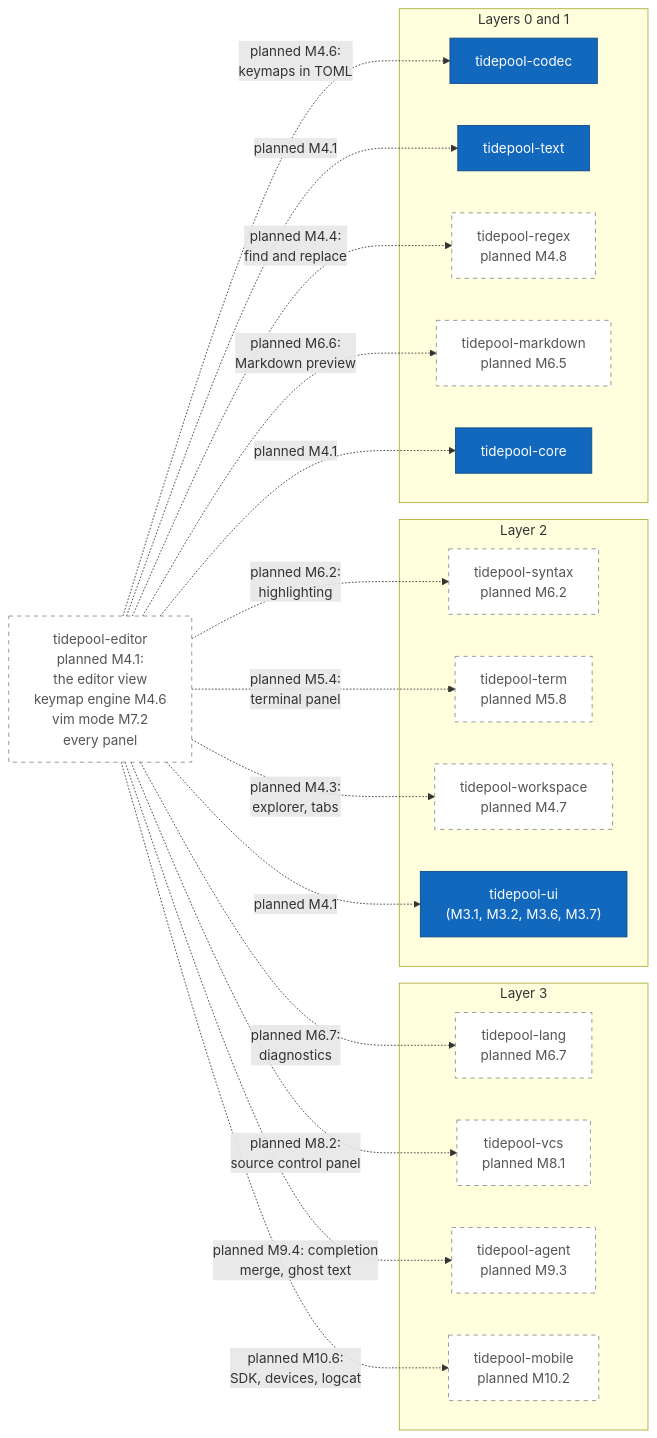
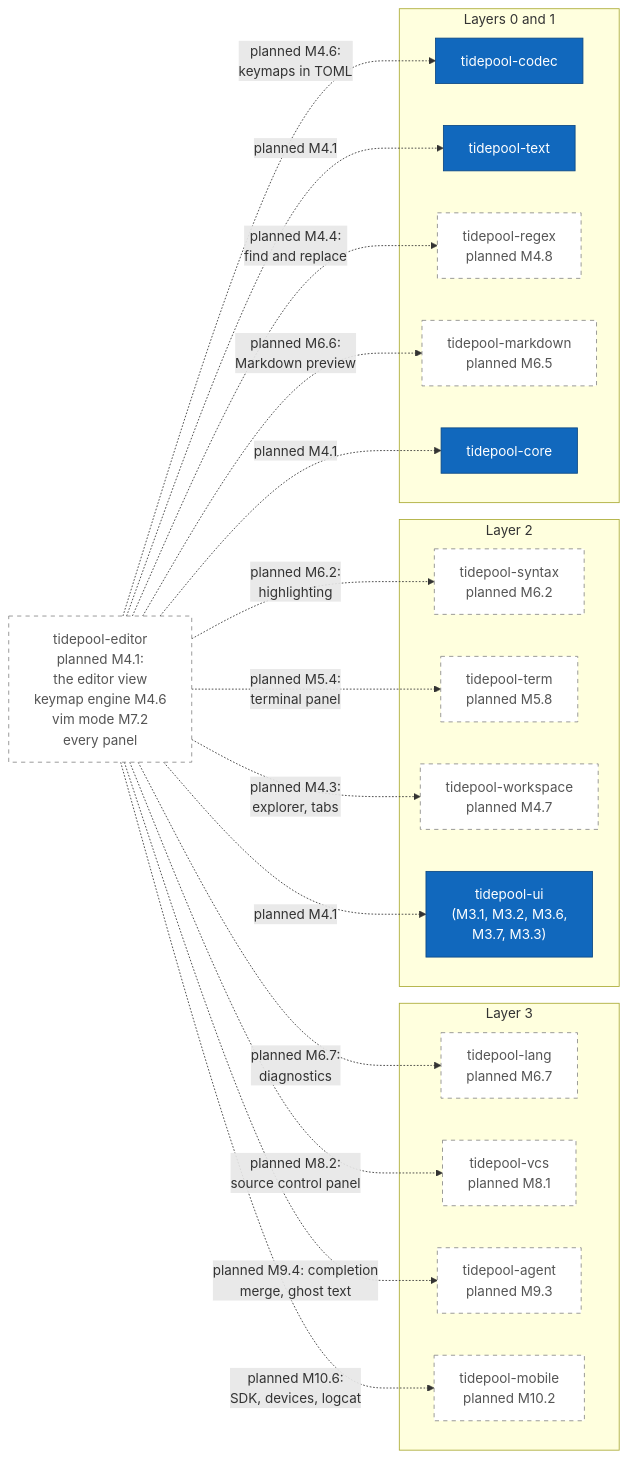
Before and after one commit to jabbott-iii/Tidepool: the ninth of 17 diagrams in diagrams/c4-architecture.md, drawn with Mermaid. The commit also changed other lines of this file and 62 other files, not shown here.

````diff
--- a/diagrams/c4-architecture.md
+++ b/diagrams/c4-architecture.md
@@ -482,43 +485,43 @@
 ```mermaid
 flowchart LR
     k_editor["tidepool-editor<br/>planned M4.1:<br/>the editor view<br/>keymap engine M4.6<br/>vim mode M7.2<br/>every panel"]
 
     subgraph L3["Layer 3"]
         k_lang["tidepool-lang<br/>planned M6.7"]
         k_vcs["tidepool-vcs<br/>planned M8.1"]
         k_agent["tidepool-agent<br/>planned M9.3"]
         k_mobile["tidepool-mobile<br/>planned M10.2"]
     end
     subgraph L2["Layer 2"]
         k_syntax["tidepool-syntax<br/>planned M6.2"]
         k_term["tidepool-term<br/>planned M5.8"]
         k_workspace["tidepool-workspace<br/>planned M4.7"]
-        k_ui["tidepool-ui<br/>(M3.1, M3.2, M3.6, M3.7)"]
+        k_ui["tidepool-ui<br/>(M3.1, M3.2, M3.6,<br/>M3.7, M3.3)"]
     end
     subgraph L01["Layers 0 and 1"]
         k_codec["tidepool-codec"]
         k_text["tidepool-text"]
         k_regex["tidepool-regex<br/>planned M4.8"]
         k_markdown["tidepool-markdown<br/>planned M6.5"]
         k_core["tidepool-core"]
     end
 
     k_editor -.->|"planned M4.1"| k_core
     k_editor -.->|"planned M4.1"| k_text
     k_editor -.->|"planned M4.1"| k_ui
     k_editor -.->|"planned M4.6:<br/>keymaps in TOML"| k_codec
     k_editor -.->|"planned M4.3:<br/>explorer, tabs"| k_workspace
     k_editor -.->|"planned M4.4:<br/>find and replace"| k_regex
     k_editor -.->|"planned M5.4:<br/>terminal panel"| k_term
     k_editor -.->|"planned M6.2:<br/>highlighting"| k_syntax
     k_editor -.->|"planned M6.7:<br/>diagnostics"| k_lang
     k_editor -.->|"planned M6.6:<br/>Markdown preview"| k_markdown
     k_editor -.->|"planned M8.2:<br/>source control panel"| k_vcs
     k_editor -.->|"planned M9.4: completion<br/>merge, ghost text"| k_agent
     k_editor -.->|"planned M10.6:<br/>SDK, devices, logcat"| k_mobile
 
     classDef built fill:#1168bd,stroke:#0b4884,color:#ffffff
     classDef planned fill:#ffffff,stroke:#888888,stroke-dasharray: 5 5,color:#555555
     class k_codec,k_text,k_core,k_ui built
     class k_editor,k_lang,k_vcs,k_agent,k_mobile,k_syntax,k_term,k_workspace,k_regex,k_markdown planned
 ```
````
